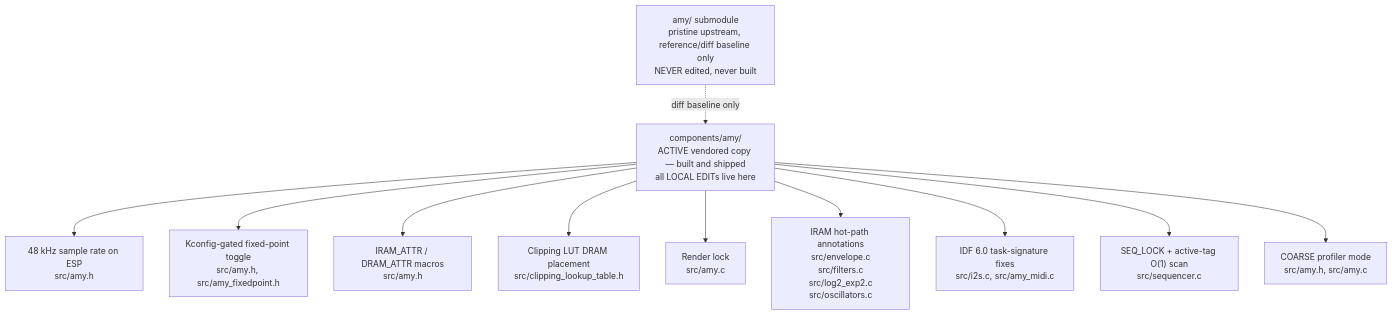
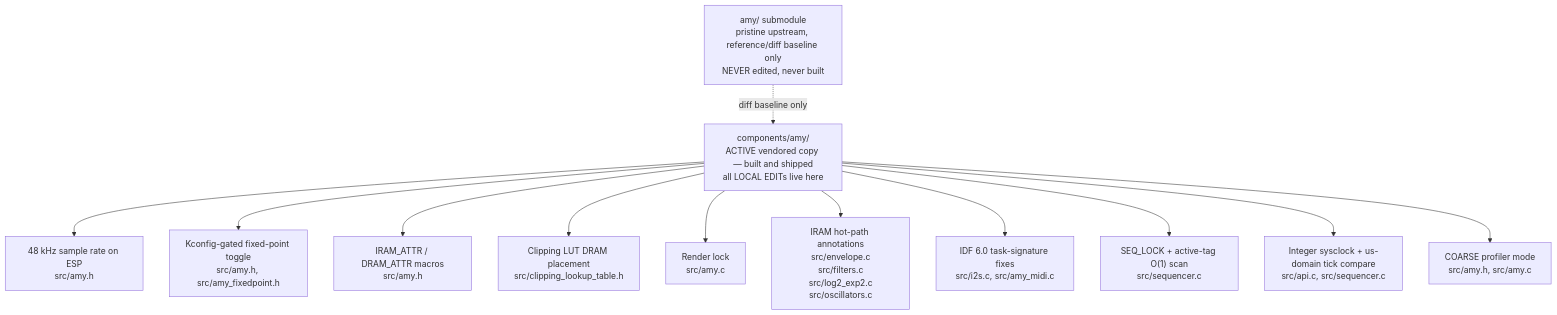
One commit to cxandy/S3-Amysynth changed the diagram in AMY-EDITS.md. Above: the diagram before and after it, drawn with Mermaid. The commit also changed other lines of this file and 2 other files, not shown here.

````diff
--- a/AMY-EDITS.md
+++ b/AMY-EDITS.md
@@ -11,17 +11,18 @@
 ```mermaid
 flowchart TD
     Submodule["amy/ submodule<br/>pristine upstream, reference/diff baseline only<br/>NEVER edited, never built"]
     Active["components/amy/<br/>ACTIVE vendored copy — built and shipped<br/>all LOCAL EDITs live here"]
 
     Submodule -.diff baseline only.-> Active
 
     Active --> SR["48 kHz sample rate on ESP<br/>src/amy.h"]
     Active --> FP["Kconfig-gated fixed-point toggle<br/>src/amy.h, src/amy_fixedpoint.h"]
     Active --> ATTR["IRAM_ATTR / DRAM_ATTR macros<br/>src/amy.h"]
     Active --> LUT["Clipping LUT DRAM placement<br/>src/clipping_lookup_table.h"]
     Active --> LOCK["Render lock<br/>src/amy.c"]
     Active --> HOT["IRAM hot-path annotations<br/>src/envelope.c<br/>src/filters.c<br/>src/log2_exp2.c<br/>src/oscillators.c"]
     Active --> TASK["IDF 6.0 task-signature fixes<br/>src/i2s.c, src/amy_midi.c"]
     Active --> SEQ["SEQ_LOCK + active-tag O(1) scan<br/>src/sequencer.c"]
+    Active --> CLK["Integer sysclock + us-domain tick compare<br/>src/api.c, src/sequencer.c"]
     Active --> PROF["COARSE profiler mode<br/>src/amy.h, src/amy.c"]
 ```
````
